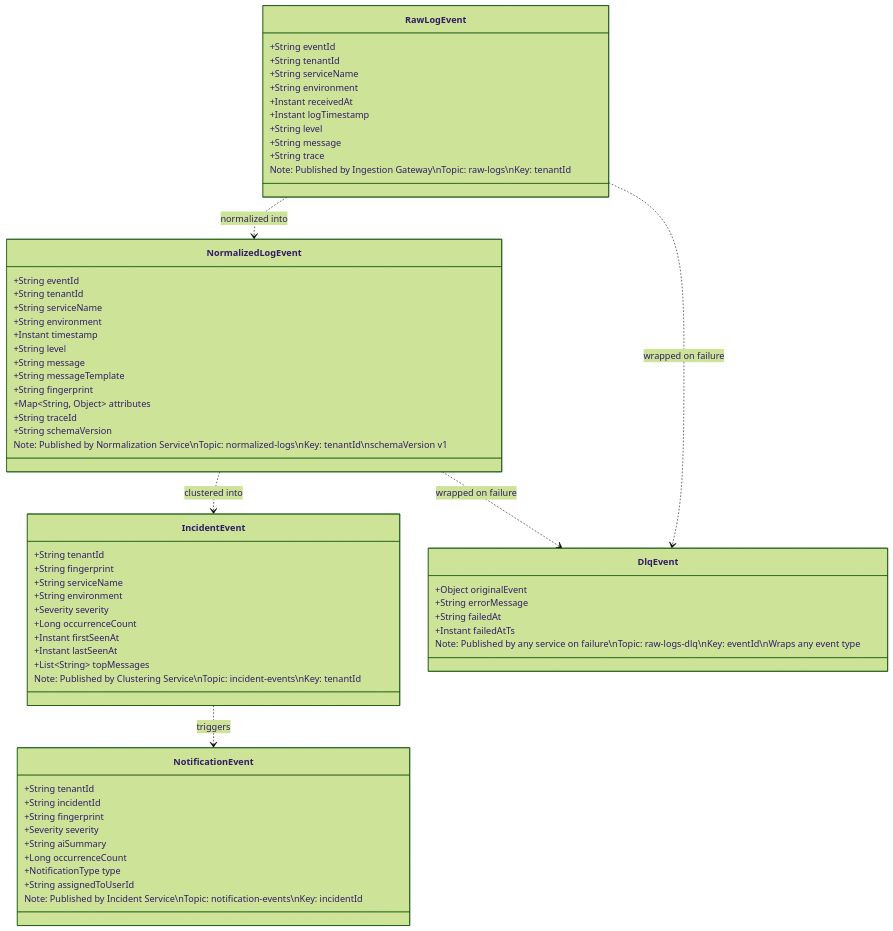
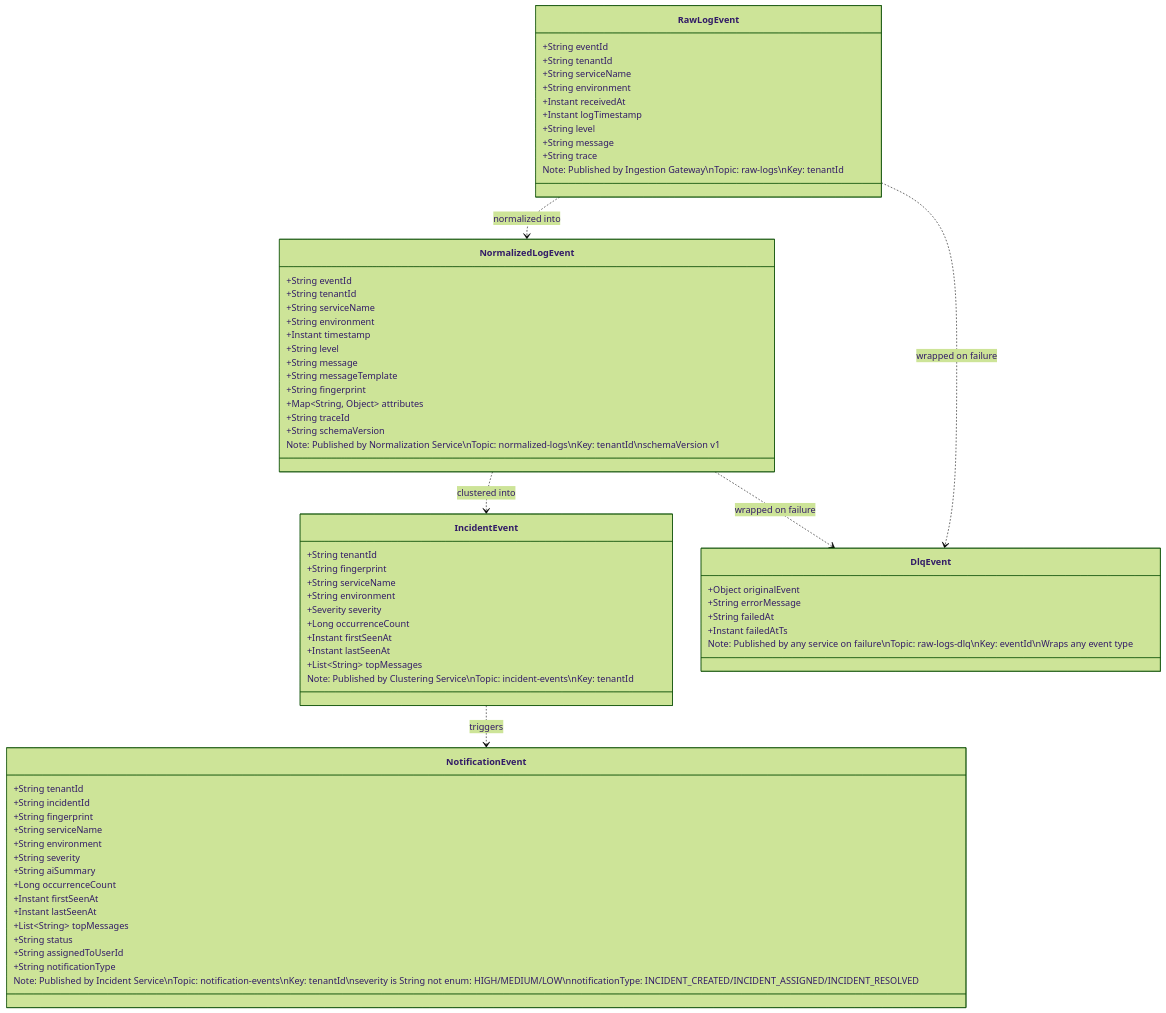
The sixth of 8 diagrams in content/docs/architecture/lld-uml.mdx (ashmitjsg/log0-website), drawn with Mermaid (forest theme) before and after one commit. The commit also changed other lines of this file and 1 other file, not shown here.

Commit message:
feat: [log0-docs] mark Notification Service complete — ROADMAP and lld-uml updated, MVP at 60%

````diff
--- a/content/docs/architecture/lld-uml.mdx
+++ b/content/docs/architecture/lld-uml.mdx
@@ -609,70 +674,76 @@
 ```mermaid
 classDiagram
     class RawLogEvent {
         +String eventId
         +String tenantId
         +String serviceName
         +String environment
         +Instant receivedAt
         +Instant logTimestamp
         +String level
         +String message
         +String trace
         Note: Published by Ingestion Gateway\nTopic: raw-logs\nKey: tenantId
     }
 
     class NormalizedLogEvent {
         +String eventId
         +String tenantId
         +String serviceName
         +String environment
         +Instant timestamp
         +String level
         +String message
         +String messageTemplate
         +String fingerprint
         +Map~String, Object~ attributes
         +String traceId
         +String schemaVersion
         Note: Published by Normalization Service\nTopic: normalized-logs\nKey: tenantId\nschemaVersion v1
     }
 
     class IncidentEvent {
         +String tenantId
         +String fingerprint
         +String serviceName
         +String environment
         +Severity severity
         +Long occurrenceCount
         +Instant firstSeenAt
         +Instant lastSeenAt
         +List~String~ topMessages
         Note: Published by Clustering Service\nTopic: incident-events\nKey: tenantId
     }
 
     class NotificationEvent {
         +String tenantId
         +String incidentId
         +String fingerprint
-        +Severity severity
+        +String serviceName
+        +String environment
+        +String severity
         +String aiSummary
         +Long occurrenceCount
-        +NotificationType type
+        +Instant firstSeenAt
+        +Instant lastSeenAt
+        +List~String~ topMessages
+        +String status
         +String assignedToUserId
-        Note: Published by Incident Service\nTopic: notification-events\nKey: incidentId
+        +String notificationType
+        Note: Published by Incident Service\nTopic: notification-events\nKey: tenantId\nseverity is String not enum: HIGH/MEDIUM/LOW\nnotificationType: INCIDENT_CREATED/INCIDENT_ASSIGNED/INCIDENT_RESOLVED
     }
 
     class DlqEvent {
         +Object originalEvent
         +String errorMessage
         +String failedAt
         +Instant failedAtTs
         Note: Published by any service on failure\nTopic: raw-logs-dlq\nKey: eventId\nWraps any event type
     }
 
     RawLogEvent ..> NormalizedLogEvent : normalized into
     NormalizedLogEvent ..> IncidentEvent : clustered into
     IncidentEvent ..> NotificationEvent : triggers
     RawLogEvent ..> DlqEvent : wrapped on failure
     NormalizedLogEvent ..> DlqEvent : wrapped on failure
 ```
````
